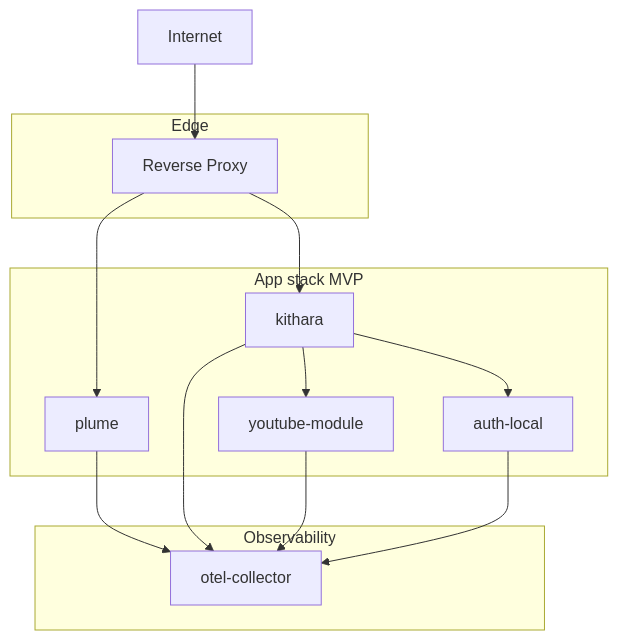
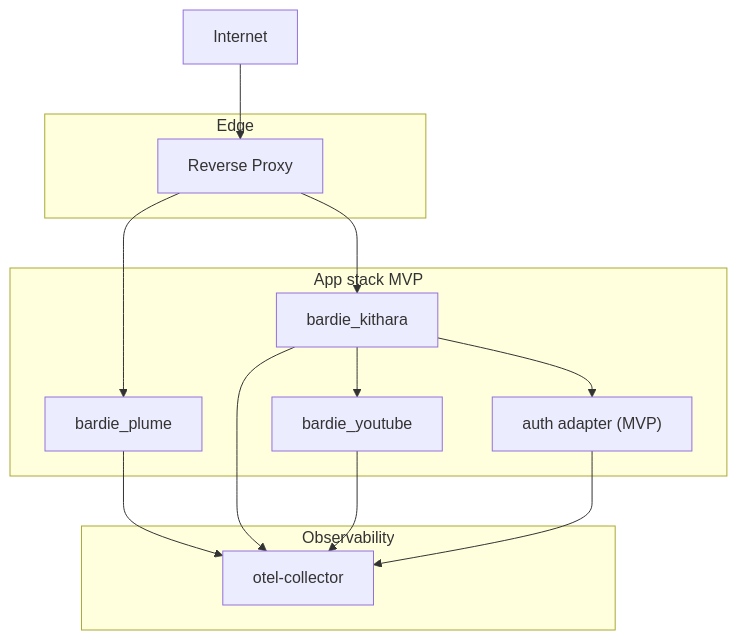
Before and after one commit to Bardie-radio/.github: the diagram in profile/docs/architecture/05-deployment.md, drawn with Mermaid. The commit also changed other lines of this file and 11 other files, not shown here.

Commit message:
Update documentation and .gitignore; enhance clarity on architecture and deployment details

````diff
--- a/profile/docs/architecture/05-deployment.md
+++ b/profile/docs/architecture/05-deployment.md
@@ -4,24 +4,24 @@
 ```mermaid
 flowchart TB
   subgraph edge [Edge]
     P[Reverse Proxy]
   end
   subgraph apps [App stack MVP]
-    Plume[plume]
-    Kithara[kithara]
-    YT[youtube-module]
-    Auth[auth-local]
+    Plume[bardie_plume]
+    Kithara[bardie_kithara]
+    YT[bardie_youtube]
+    Auth["auth adapter (MVP)"]
   end
   subgraph observe [Observability]
     OTel[otel-collector]
   end
   Internet --> P
   P --> Plume
   P --> Kithara
   Kithara --> YT
   Kithara --> Auth
   Plume --> OTel
   Kithara --> OTel
   YT --> OTel
   Auth --> OTel
 ```
````
